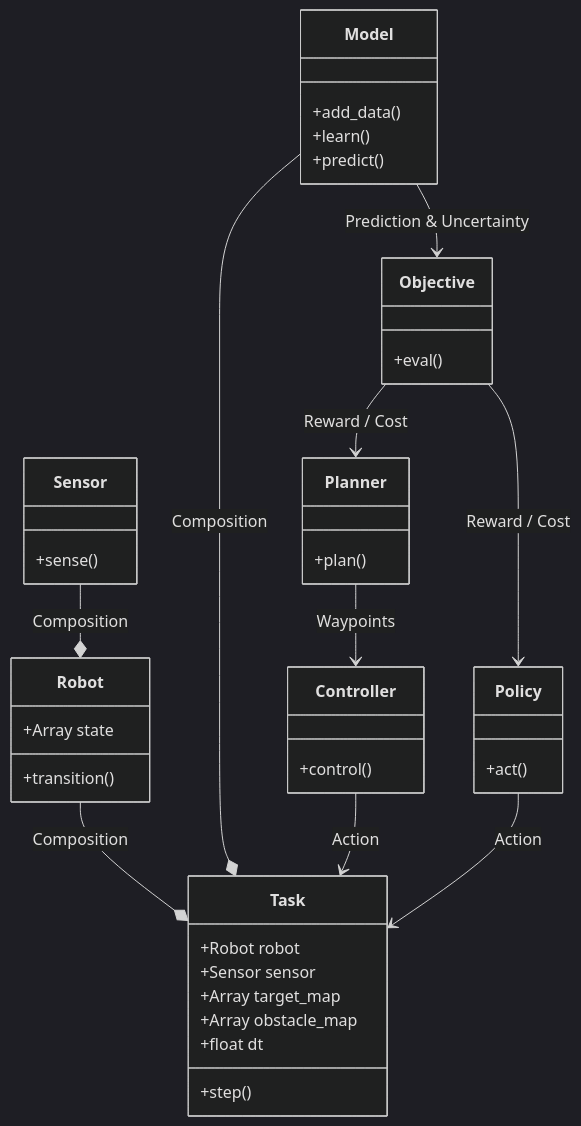
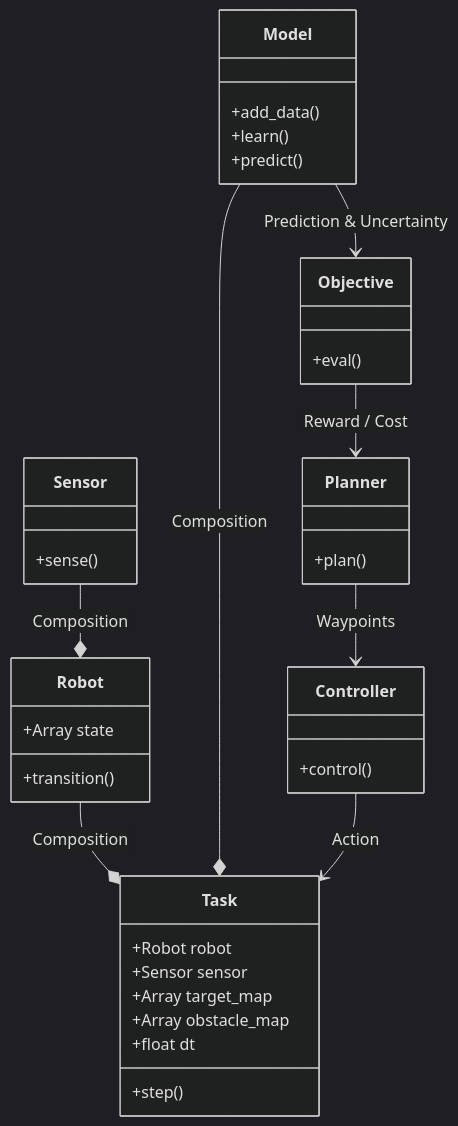
One commit to Weizhe-Chen/PyPolo changed the diagram in docs/framework.md. Above: the diagram before and after it, drawn with Mermaid (dark theme). The commit also changed other lines of this file and 2 other files, not shown here.

````diff
--- a/docs/framework.md
+++ b/docs/framework.md
@@ -8,46 +8,41 @@
 ``` mermaid
 classDiagram
 class Robot {
     +Array state
         +transition()
 }
 class Sensor {
     +sense()
 }
 class Task {
     +Robot robot
     +Sensor sensor
     +Array target_map
     +Array obstacle_map
     +float dt
     +step()
 }
 class Model {
     +add_data()
     +learn()
     +predict()
 }
 class Objective {
     +eval()
 }
 class Planner {
     +plan()
 }
 class Controller {
     +control()
 }
-class Policy {
-    +act()
-}
 
 Robot --* Task: Composition
 Sensor --* Robot: Composition
 Model --* Task: Composition
 
 Model --> Objective: Prediction & Uncertainty
 Objective --> Planner: Reward / Cost
-Objective --> Policy: Reward / Cost
 Planner --> Controller: Waypoints
 Controller --> Task: Action
-Policy --> Task: Action
 ```
````
